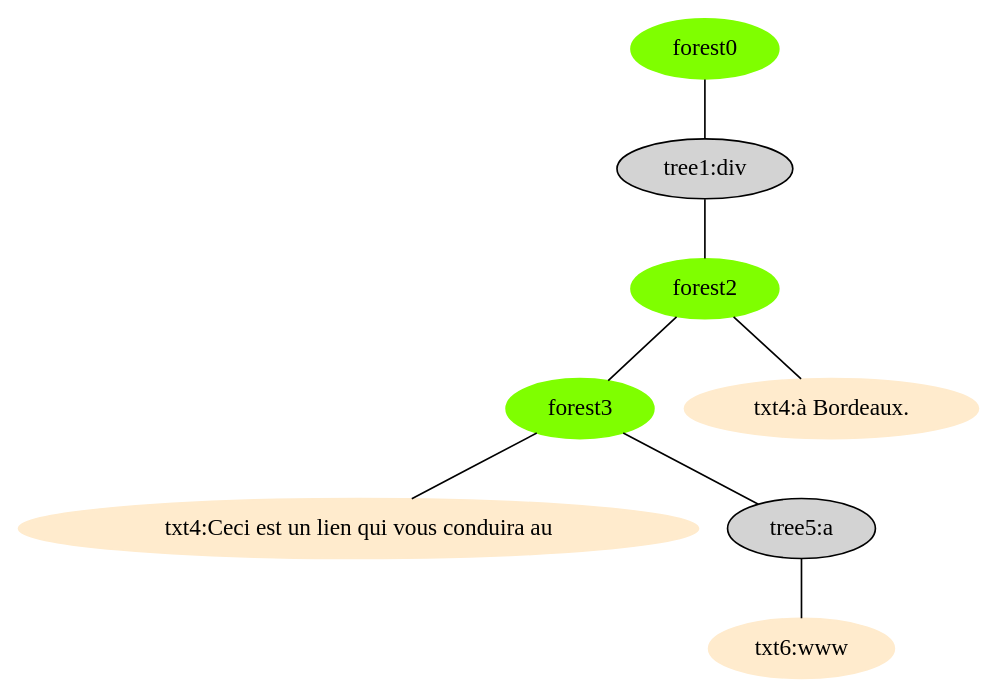
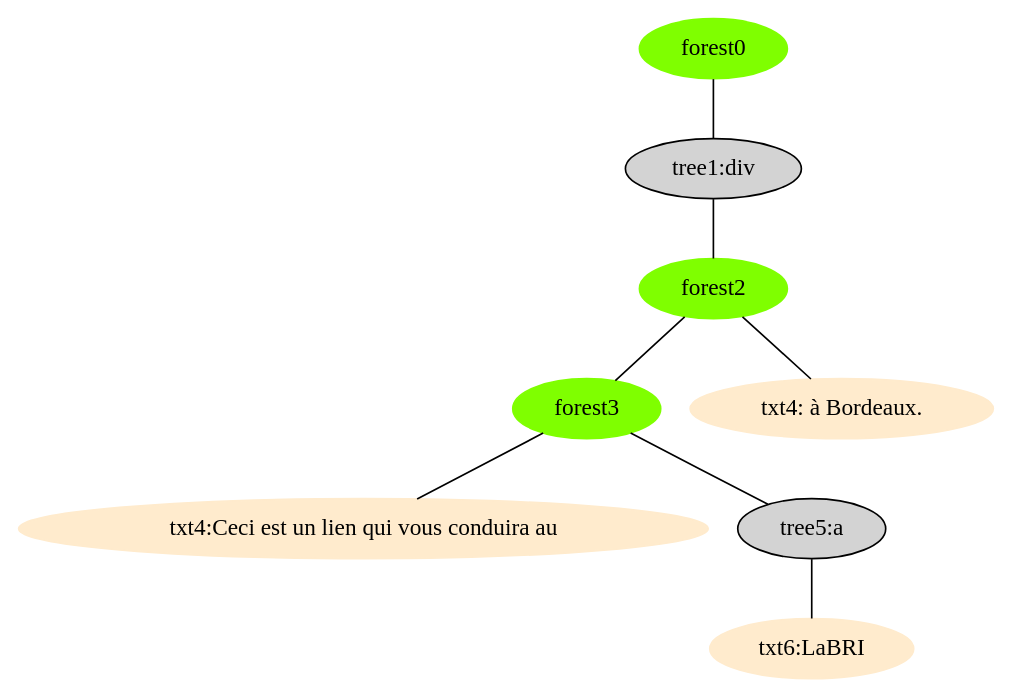
The diagram in kovila/gtree.gv (Kovi11Day/x27), drawn with Graphviz before and after one commit. The commit also changed 24 other files, not shown here.

```diff
--- a/kovila/gtree.gv
+++ b/kovila/gtree.gv
@@ -1,18 +1,18 @@
 graph{
 ratio = fill;
 node [style=filled];
 forest0
 forest0 [color="chartreuse1"]
 forest0 -- "tree1:div"
 "tree1:div" -- forest2
 forest2 [color="chartreuse1"]
 forest2 -- forest3
 forest3 [color="chartreuse1"]
-forest3 -- "txt4:Ceci est un lien qui vous conduira au"
-"txt4:Ceci est un lien qui vous conduira au" [color="blanchedalmond"]
+forest3 -- "txt4:Ceci est un lien qui vous conduira au "
+"txt4:Ceci est un lien qui vous conduira au " [color="blanchedalmond"]
 forest3 -- "tree5:a"
-"tree5:a" -- "txt6:www"
-"txt6:www" [color="blanchedalmond"]
-forest2 -- "txt4:à Bordeaux."
-"txt4:à Bordeaux." [color="blanchedalmond"]
+"tree5:a" -- "txt6:LaBRI"
+"txt6:LaBRI" [color="blanchedalmond"]
+forest2 -- "txt4: à Bordeaux."
+"txt4: à Bordeaux." [color="blanchedalmond"]
 }
```
